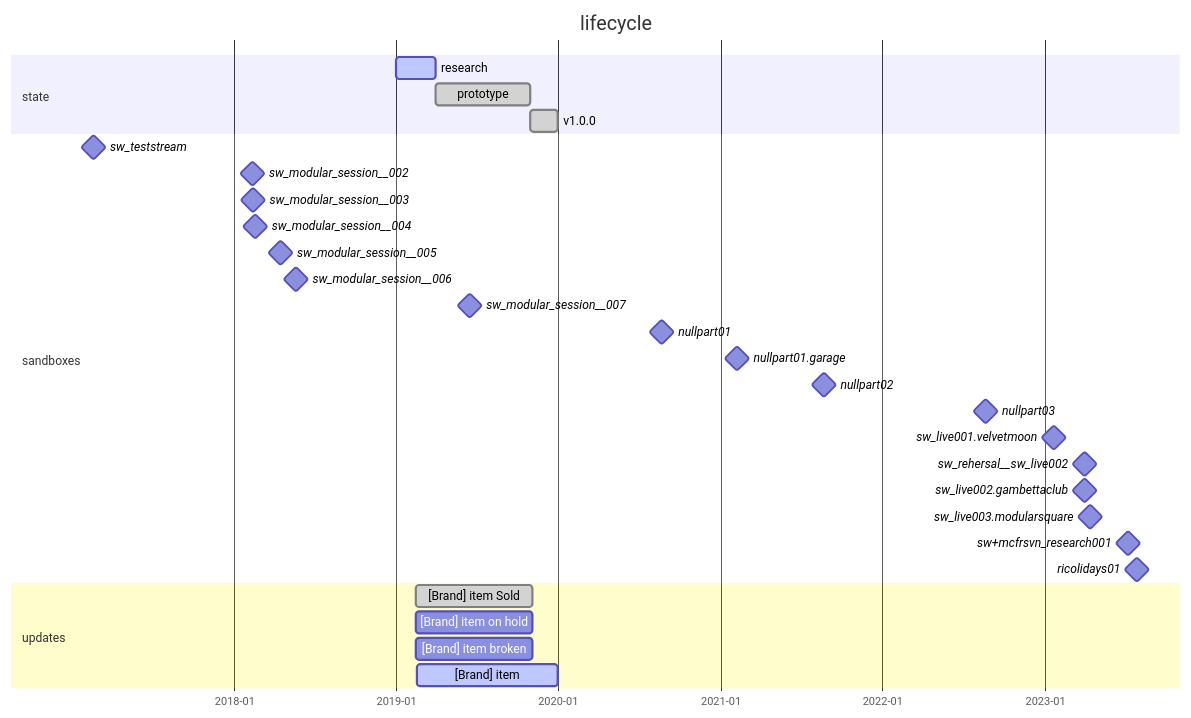
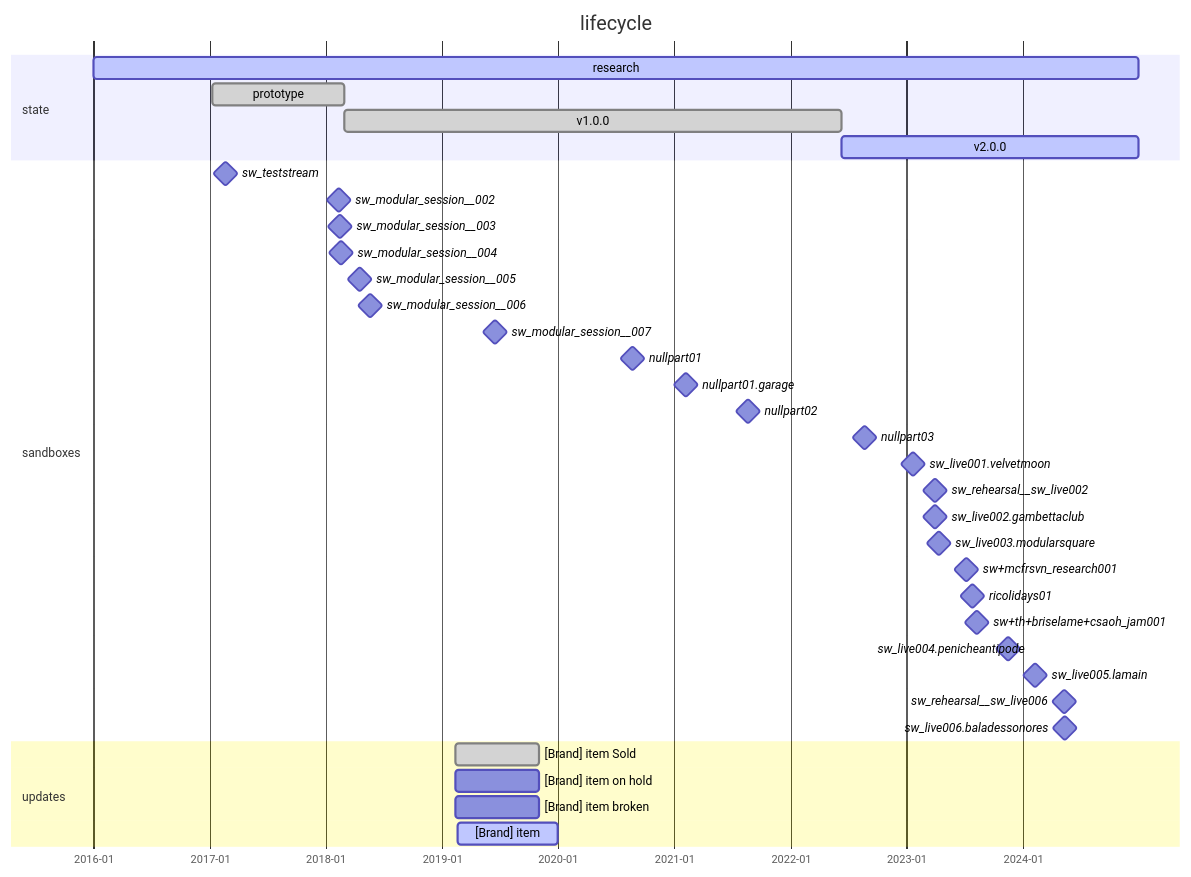
Before and after one commit to bill-of-materials/data: the diagram in ARTIFACTS/.template.md, drawn with Mermaid. The commit also changed 4 other files, not shown here.

````diff
--- a/ARTIFACTS/.template.md
+++ b/ARTIFACTS/.template.md
@@ -21,38 +21,44 @@
 ```mermaid
 gantt
   todayMarker off
 
   title         lifecycle
   dateFormat    YYYY-MM-DD
   axisFormat    %Y-%m
 
   section state
-  research              :active,    2018-12-31, 2019-03-31
-  prototype             :done,      2019-03-31, 2019-10-31
-  v1.0.0                :done,      2019-10-31, 2019-12-31
+  research              :active,    2016-01-01, 2024-12-31
+  prototype             :done,      2017-01-07, 2018-03-01
+  v1.0.0                :done,      2018-03-01, 2022-06-10
+  v2.0.0                :active,    2022-06-10, 2024-12-31
 
   section sandboxes
   sw_teststream                :milestone, 2017-02-19, 1d
   sw_modular_session__002      :milestone, 2018-02-11, 1d
   sw_modular_session__003      :milestone, 2018-02-13, 1d
   sw_modular_session__004      :milestone, 2018-02-18, 1d
   sw_modular_session__005      :milestone, 2018-04-16, 1d
   sw_modular_session__006      :milestone, 2018-05-20, 1d
   sw_modular_session__007      :milestone, 2019-06-16, 1d
   nullpart01                   :milestone, 2020-08-14, 2020-08-28
   nullpart01.garage            :milestone, 2021-02-06, 2021-02-07
   nullpart02                   :milestone, 2021-08-14, 2021-08-28
   nullpart03                   :milestone, 2022-08-14, 2022-08-28
   sw_live001.velvetmoon        :milestone, 2023-01-21, 1d
-  sw_rehersal__sw_live002      :milestone, 2023-03-31, 1d
+  sw_rehearsal__sw_live002     :milestone, 2023-03-31, 1d
   sw_live002.gambettaclub      :milestone, 2023-03-31, 1d
   sw_live003.modularsquare     :milestone, 2023-04-13, 1d
   sw+mcfrsvn_research001       :milestone, 2023-07-07, 2d
   ricolidays01                 :milestone, 2023-07-24, 2023-07-31
+  sw+th+briselame+csaoh_jam001 :milestone, 2023-08-10, 1d
+  sw_live004.penicheantipode   :milestone, 2023-11-16, 1d
+  sw_live005.lamain            :milestone, 2024-02-09, 1d
+  sw_rehearsal__sw_live006     :milestone, 2024-05-11, 1d
+  sw_live006.baladessonores    :milestone, 2024-05-12, 1d
 
   section updates
   [Brand] item Sold                             :done,      2019-02-14, 2019-11-04
   [Brand] item on hold                          : ,         2019-02-14, 2019-11-04
   [Brand] item broken                           :critical,  2019-02-14, 2019-11-04
   [Brand] item                                  :active,    2019-02-18, 2019-12-31
 ```
````
